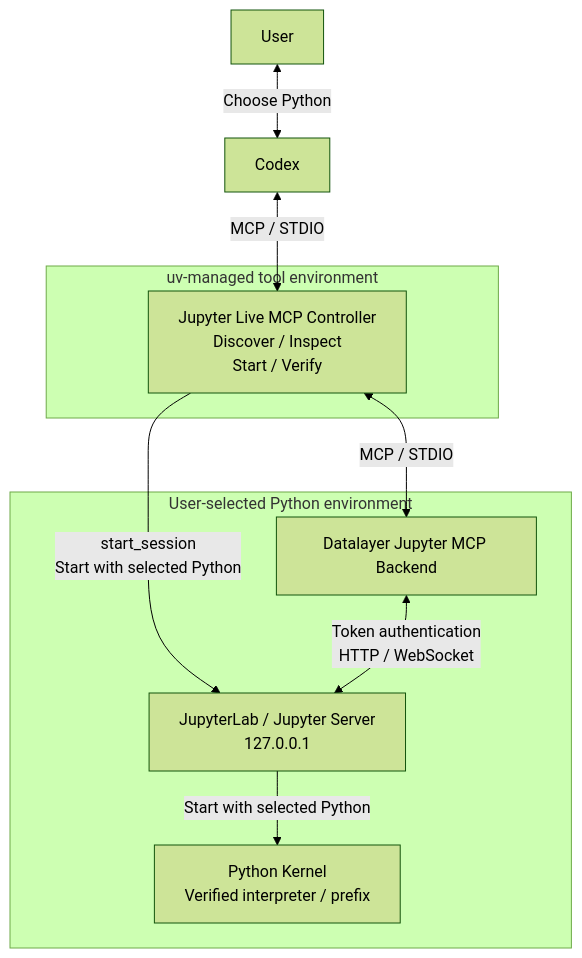
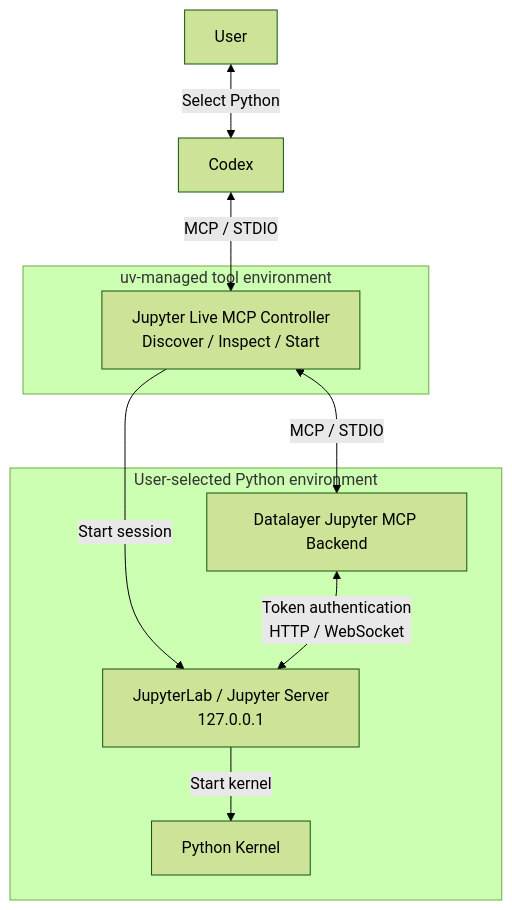
The diagram in README.md (jlee-ax/jupyter-live-mcp), drawn with Mermaid (forest theme) before and after one commit. The commit also changed other lines of this file, not shown here.

````diff
--- a/README.md
+++ b/README.md
@@ -27,22 +21,22 @@
 ```mermaid
 flowchart TB
     User["User"]
     Codex["Codex"]
 
     subgraph ToolEnv["uv-managed tool environment"]
-        Controller["Jupyter Live MCP Controller<br/>Discover / Inspect<br/>Start / Verify"]
+        Controller["Jupyter Live MCP Controller<br/>Discover / Inspect / Start"]
     end
 
     subgraph AnalysisEnv["User-selected Python environment"]
         Backend["Datalayer Jupyter MCP Backend"]
         Server["JupyterLab / Jupyter Server<br/>127.0.0.1"]
-        Kernel["Python Kernel<br/>Verified interpreter / prefix"]
+        Kernel["Python Kernel"]
     end
 
-    User <-->|"Choose Python"| Codex
+    User <-->|"Select Python"| Codex
     Codex <-->|"MCP / STDIO"| Controller
-    Controller -->|"start_session<br/>Start with selected Python"| Server
+    Controller -->|"Start session"| Server
     Controller <-->|"MCP / STDIO"| Backend
     Backend <-->|"Token authentication<br/>HTTP / WebSocket"| Server
-    Server -->|"Start with selected Python"| Kernel
+    Server -->|"Start kernel"| Kernel
 ```
````
